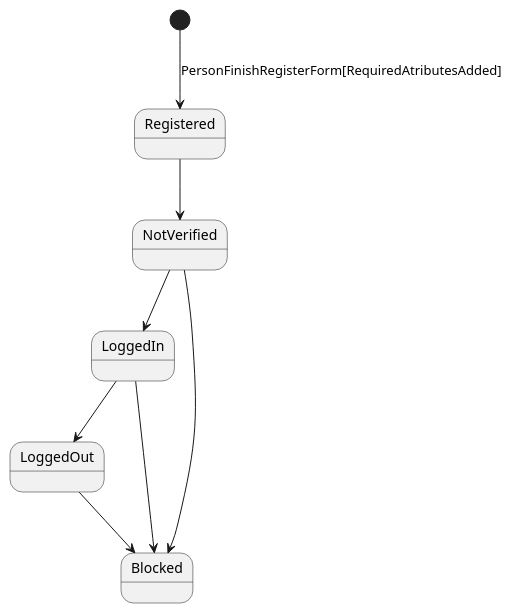
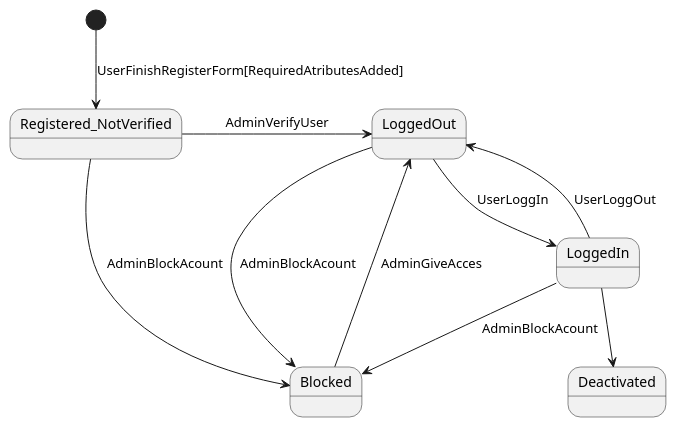
One commit to Bezobsahu/MyMasterDegree changed the second of 6 diagrams in FirstSemester/UMLproject.md. Above: the diagram before and after it, drawn with PlantUML. The commit also changed other lines of this file and 125 other files, not shown here.

````diff
--- a/FirstSemester/UMLproject.md
+++ b/FirstSemester/UMLproject.md
@@ -103,16 +149,18 @@
 ``` PlantUML
 
 
-[*] -->  Registered :PersonFinishRegisterForm[RequiredAtributesAdded]
-Registered --> NotVerified 
-NotVerified --> LoggedIn
-LoggedIn --> LoggedOut
-LoggedIn --> Blocked
-LoggedOut --> Blocked
-NotVerified --> Blocked
+[*] -->  Registered_NotVerified  :UserFinishRegisterForm[RequiredAtributesAdded]
+Registered_NotVerified -> LoggedOut : AdminVerifyUser
+LoggedIn --> LoggedOut :UserLoggOut
+LoggedOut --> LoggedIn :UserLoggIn
+LoggedIn --> Blocked :AdminBlockAcount
+LoggedOut --> Blocked :AdminBlockAcount
+Blocked -> LoggedOut :AdminGiveAcces
+Registered_NotVerified --> Blocked : AdminBlockAcount
+LoggedIn --> Deactivated
 
 
 
 
 
 ```
````
